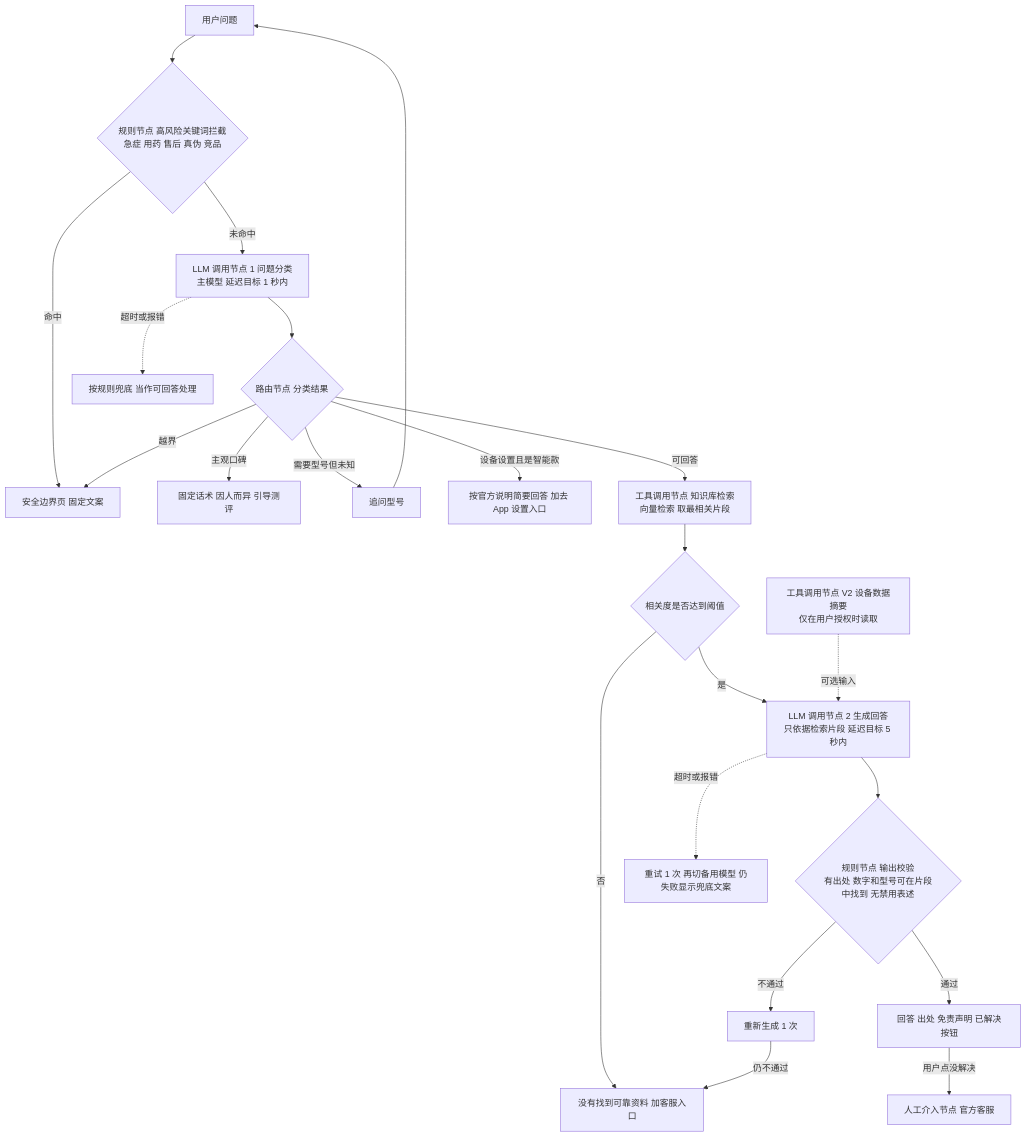
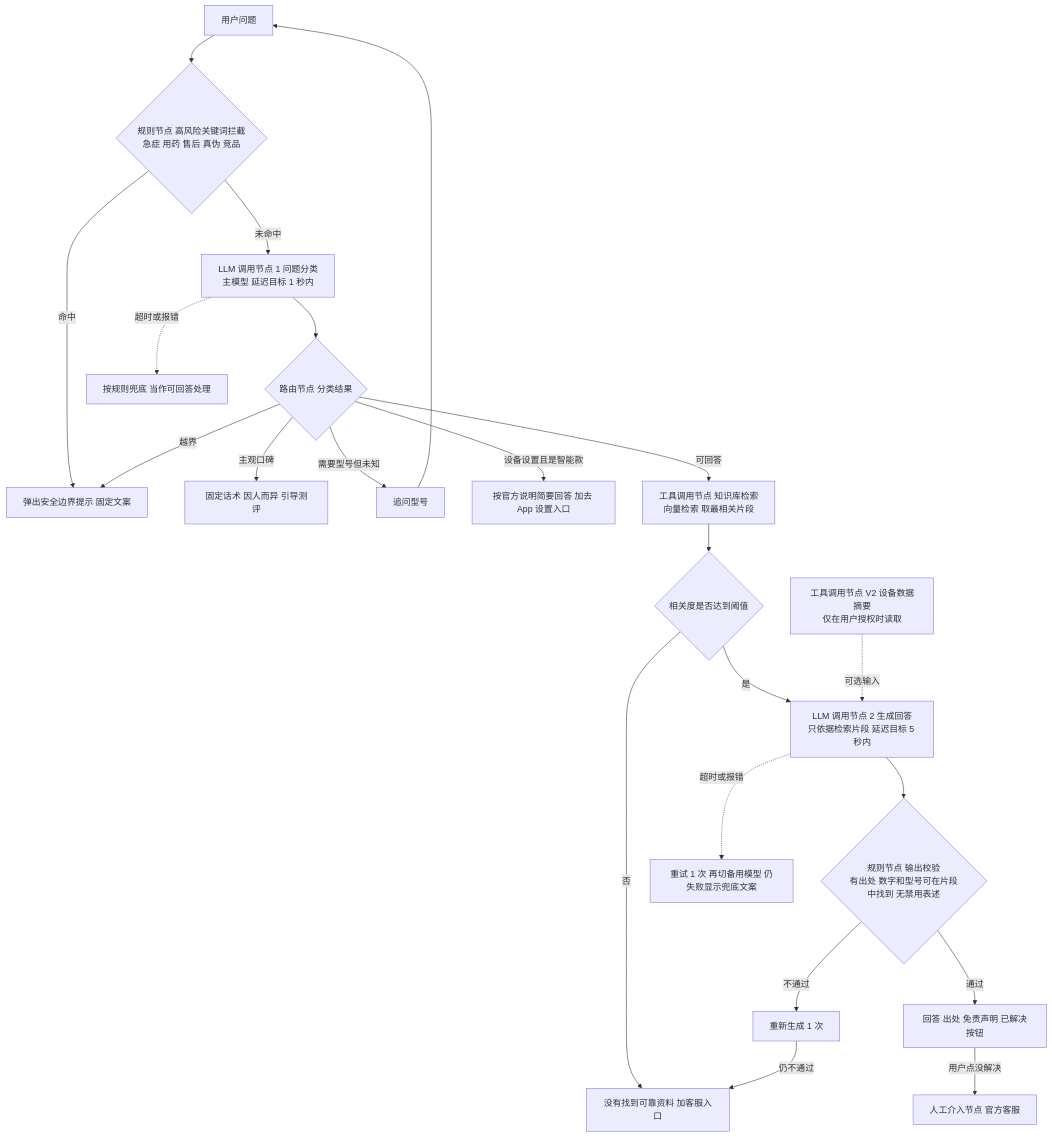
Before and after one commit to XinyueFan-27/usmile-ai-care-assistant: the second of 6 diagrams in docs/PRD_v1.0.md, drawn with Mermaid. The commit also changed other lines of this file and 3 other files, not shown here.

````diff
--- a/docs/PRD_v1.0.md
+++ b/docs/PRD_v1.0.md
@@ -633,23 +643,23 @@
 ```mermaid
 flowchart TD
     U[用户问题] --> R1{规则节点 高风险关键词拦截<br/>急症 用药 售后 真伪 竞品}
-    R1 -->|命中| BP[安全边界页 固定文案]
+    R1 -->|命中| BP[弹出安全边界提示 固定文案]
     R1 -->|未命中| L1[LLM 调用节点 1 问题分类<br/>主模型 延迟目标 1 秒内]
     L1 --> R2{路由节点 分类结果}
     R2 -->|越界| BP
     R2 -->|主观口碑| T1[固定话术 因人而异 引导测评]
     R2 -->|需要型号但未知| AQ[追问型号] --> U
     R2 -->|设备设置且是智能款| GA[按官方说明简要回答 加去 App 设置入口]
     R2 -->|可回答| S[工具调用节点 知识库检索<br/>向量检索 取最相关片段]
     S --> C1{相关度是否达到阈值}
     C1 -->|否| ND[没有找到可靠资料 加客服入口]
     C1 -->|是| L2[LLM 调用节点 2 生成回答<br/>只依据检索片段 延迟目标 5 秒内]
     DS[工具调用节点 V2 设备数据摘要<br/>仅在用户授权时读取] -.可选输入.-> L2
     L2 --> V{规则节点 输出校验<br/>有出处 数字和型号可在片段中找到 无禁用表述}
     V -->|通过| OUT[回答 出处 免责声明 已解决按钮]
     V -->|不通过| RG[重新生成 1 次]
     RG -->|仍不通过| ND
     L1 -.超时或报错.-> FB1[按规则兜底 当作可回答处理]
     L2 -.超时或报错.-> FB2[重试 1 次 再切备用模型 仍失败显示兜底文案]
     OUT -->|用户点没解决| HU[人工介入节点 官方客服]
 ```
````
